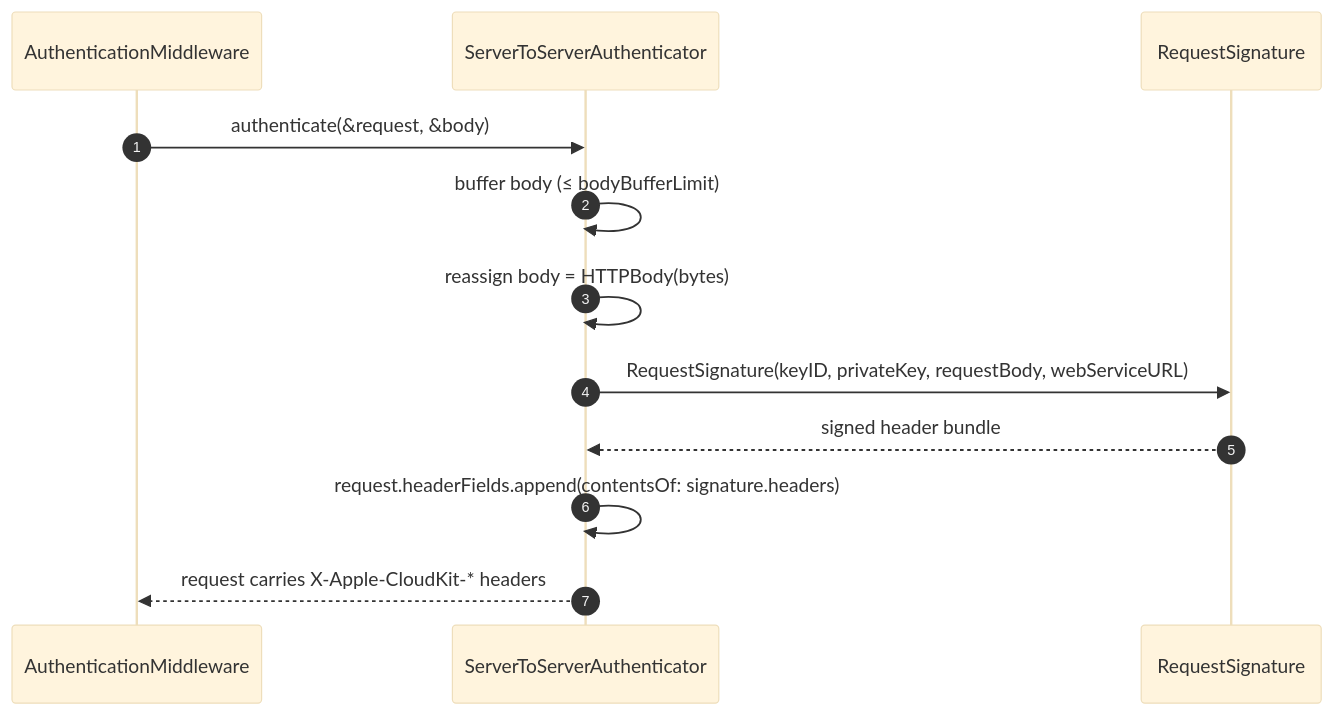
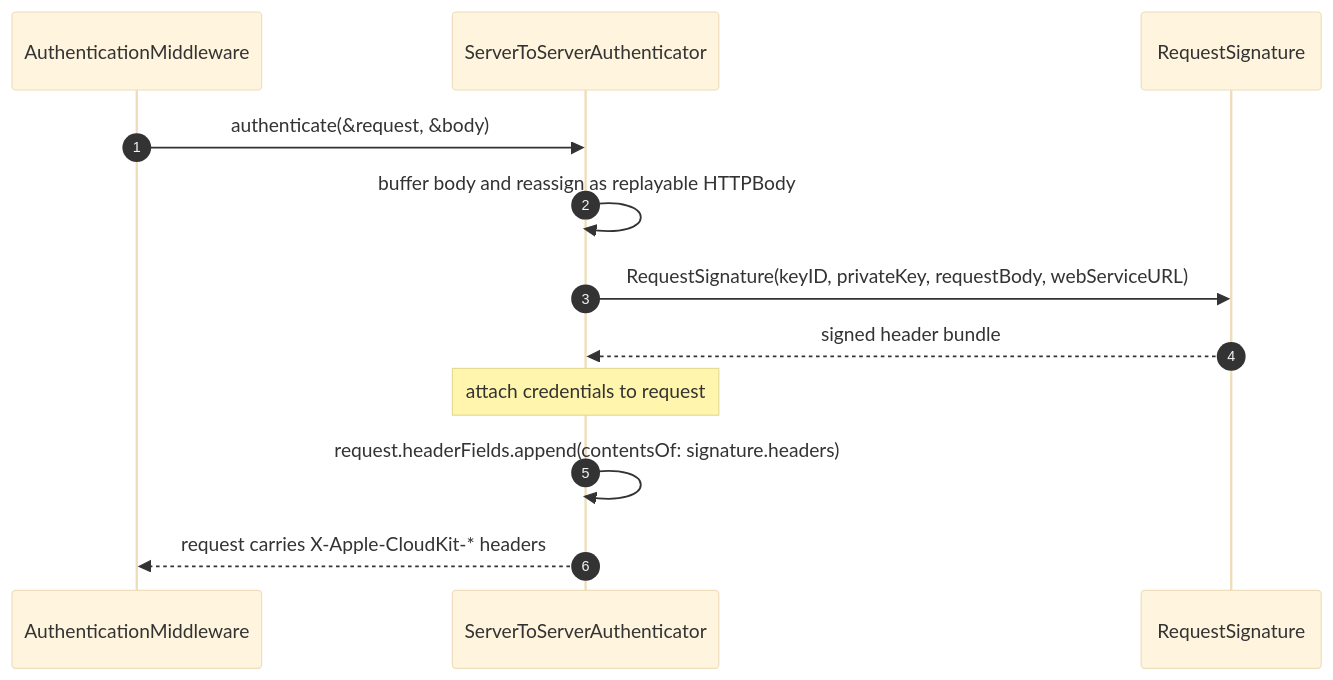
One commit to brightdigit/MistKit changed the third of 4 diagrams in docs/internals/authentication-middleware.md. Above: the diagram before and after it, drawn with Mermaid (base theme). The commit also changed other lines of this file, not shown here.

First line of the commit message:
docs(internals): align per-scheme auth sections with parallel numbered steps

````diff
--- a/docs/internals/authentication-middleware.md
+++ b/docs/internals/authentication-middleware.md
@@ -304,15 +314,15 @@
 ```mermaid
 sequenceDiagram
   autonumber
   participant Mid as AuthenticationMiddleware
   participant Auth as ServerToServerAuthenticator
   participant Sig as RequestSignature
 
   Mid->>Auth: authenticate(&request, &body)
-  Auth->>Auth: buffer body (≤ bodyBufferLimit)
-  Auth->>Auth: reassign body = HTTPBody(bytes)
+  Auth->>Auth: buffer body and reassign as replayable HTTPBody
   Auth->>Sig: RequestSignature(keyID, privateKey, requestBody, webServiceURL)
   Sig-->>Auth: signed header bundle
+  Note over Auth: attach credentials to request
   Auth->>Auth: request.headerFields.append(contentsOf: signature.headers)
   Auth-->>Mid: request carries X-Apple-CloudKit-* headers
 ```
````
